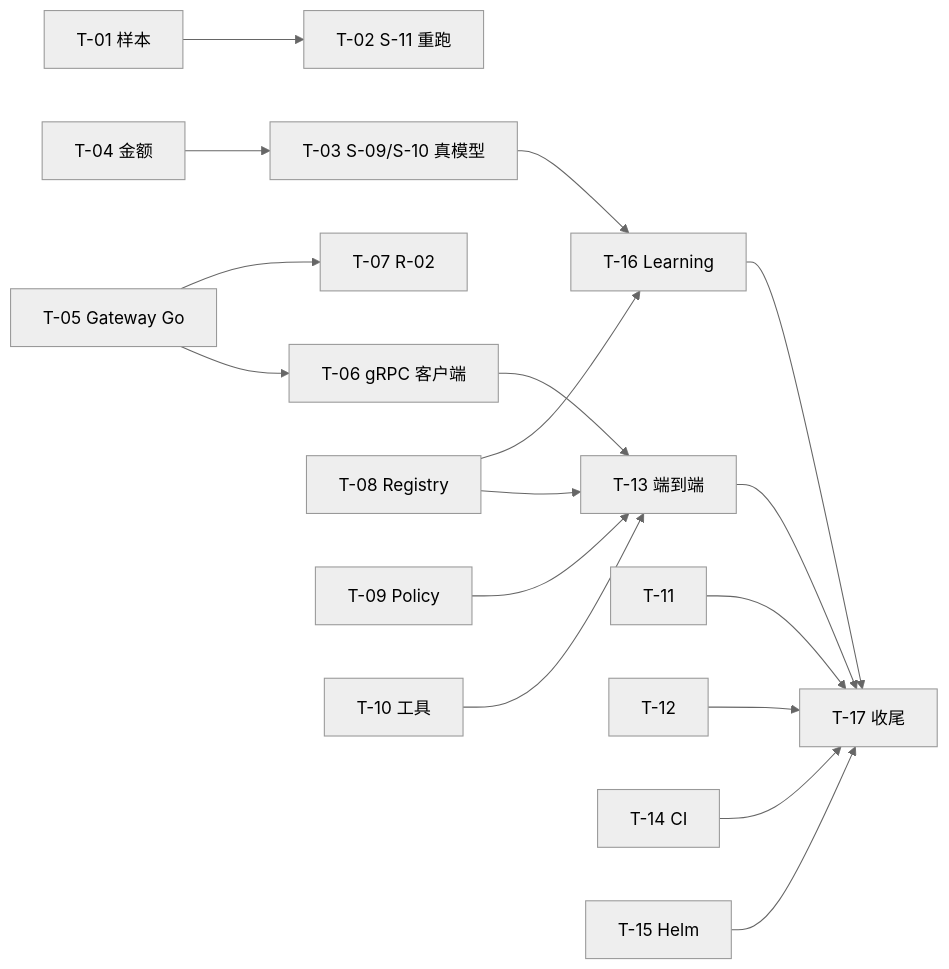
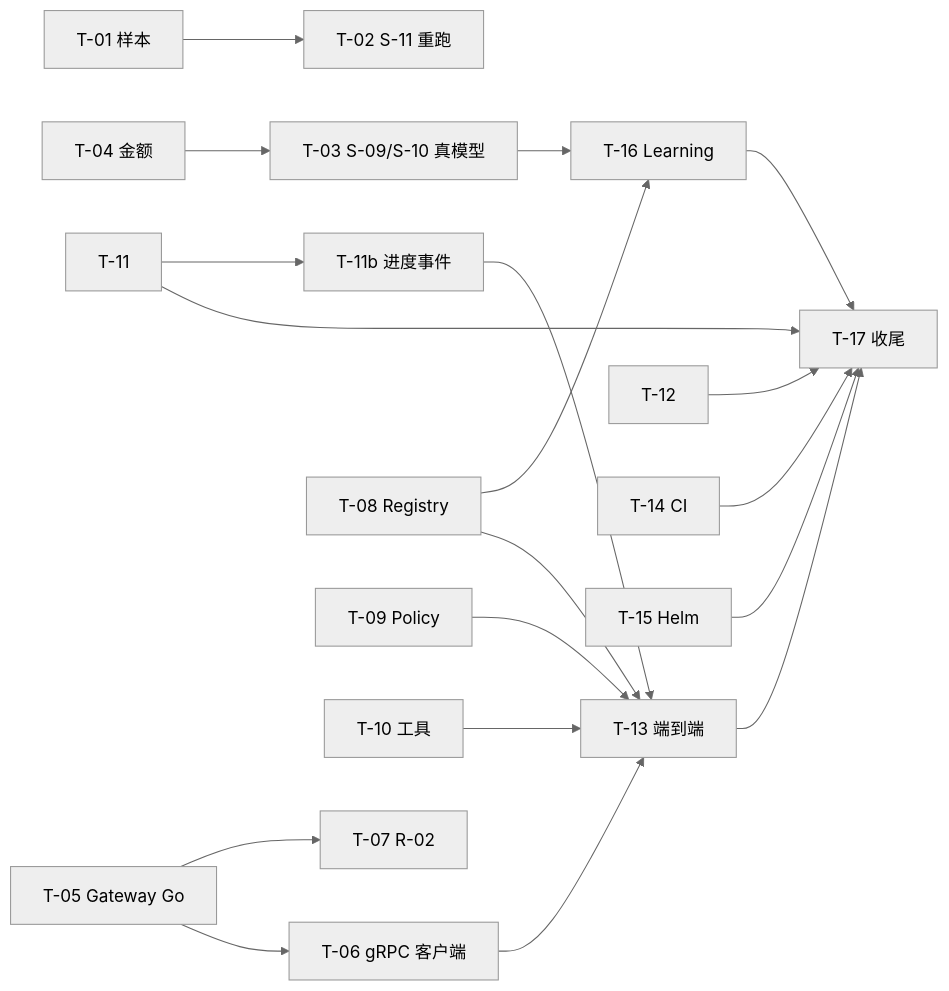
The diagram in docs/plan/TMP-completion-plan.md (Hanwen-Jiang/agent-runtime), drawn with Mermaid (neutral theme) before and after one commit. The commit also changed other lines of this file and 32 other files, not shown here.

````diff
--- a/docs/plan/TMP-completion-plan.md
+++ b/docs/plan/TMP-completion-plan.md
@@ -202,19 +214,21 @@
 ```mermaid
 flowchart LR
   T01[T-01 样本] --> T02[T-02 S-11 重跑]
   T04[T-04 金额] --> T03[T-03 S-09/S-10 真模型]
   T05[T-05 Gateway Go] --> T06[T-06 gRPC 客户端]
   T05 --> T07[T-07 R-02]
   T06 --> T13[T-13 端到端]
   T08[T-08 Registry] --> T13
   T09[T-09 Policy] --> T13
   T10[T-10 工具] --> T13
   T13 --> T17[T-17 收尾]
   T08 --> T16[T-16 Learning]
   T03 --> T16
   T11[T-11] --> T17
+  T11 --> T11b[T-11b 进度事件]
+  T11b --> T13
   T12[T-12] --> T17
   T14[T-14 CI] --> T17
   T15[T-15 Helm] --> T17
   T16 --> T17
 ```
````
